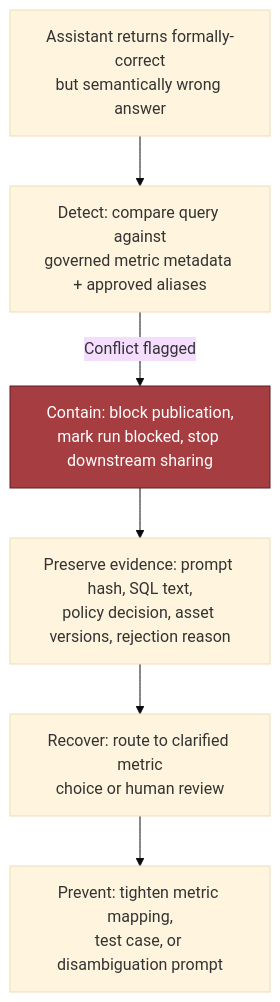
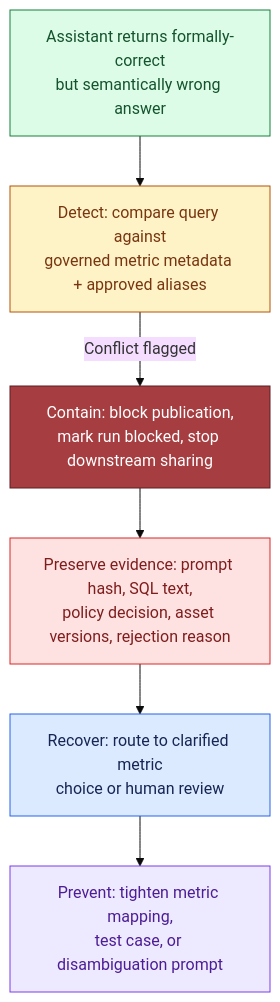
The first of 6 diagrams in site/content/modules/15-fde-case-studies/knowledge-retrieval/nl-over-governed-data/full-pack-part-3.md (Sourav692/Forward-Deployed-Engineer-Interview-Prep), drawn with Mermaid (base theme) before and after one commit. The commit also changed other lines of this file and 1268 other files, not shown here.

First line of the commit message:
content: polish Casebook writing and Mermaid diagrams (#251)

````diff
--- a/site/content/modules/15-fde-case-studies/knowledge-retrieval/nl-over-governed-data/full-pack-part-3.md
+++ b/site/content/modules/15-fde-case-studies/knowledge-retrieval/nl-over-governed-data/full-pack-part-3.md
@@ -18,9 +25,21 @@
 ```mermaid
 flowchart TD
     A[Assistant returns formally-correct<br/>but semantically wrong answer] --> Detect[Detect: compare query against<br/>governed metric metadata + approved aliases]
     Detect -->|Conflict flagged| Contain[Contain: block publication,<br/>mark run blocked, stop downstream sharing]
     Contain --> Preserve[Preserve evidence: prompt hash, SQL text,<br/>policy decision, asset versions, rejection reason]
     Preserve --> Recover[Recover: route to clarified metric<br/>choice or human review]
     Recover --> Prevent[Prevent: tighten metric mapping,<br/>test case, or disambiguation prompt]
     style Contain fill:#a63d40,stroke:#5c1f22,color:#fff
+
+    %% Casebook colours: entry, reasoning, results, controls, and stopped paths.
+    classDef cbAction fill:#dcfce7,stroke:#15803d,color:#14532d
+    class A cbAction
+    classDef cbPolicy fill:#fef3c7,stroke:#b45309,color:#78350f
+    class Detect cbPolicy
+    classDef cbStop fill:#fee2e2,stroke:#dc2626,color:#7f1d1d
+    class Contain,Preserve cbStop
+    classDef cbInput fill:#dbeafe,stroke:#2563eb,color:#172554
+    class Recover cbInput
+    classDef cbReason fill:#ede9fe,stroke:#7c3aed,color:#4c1d95
+    class Prevent cbReason
 ```
````
